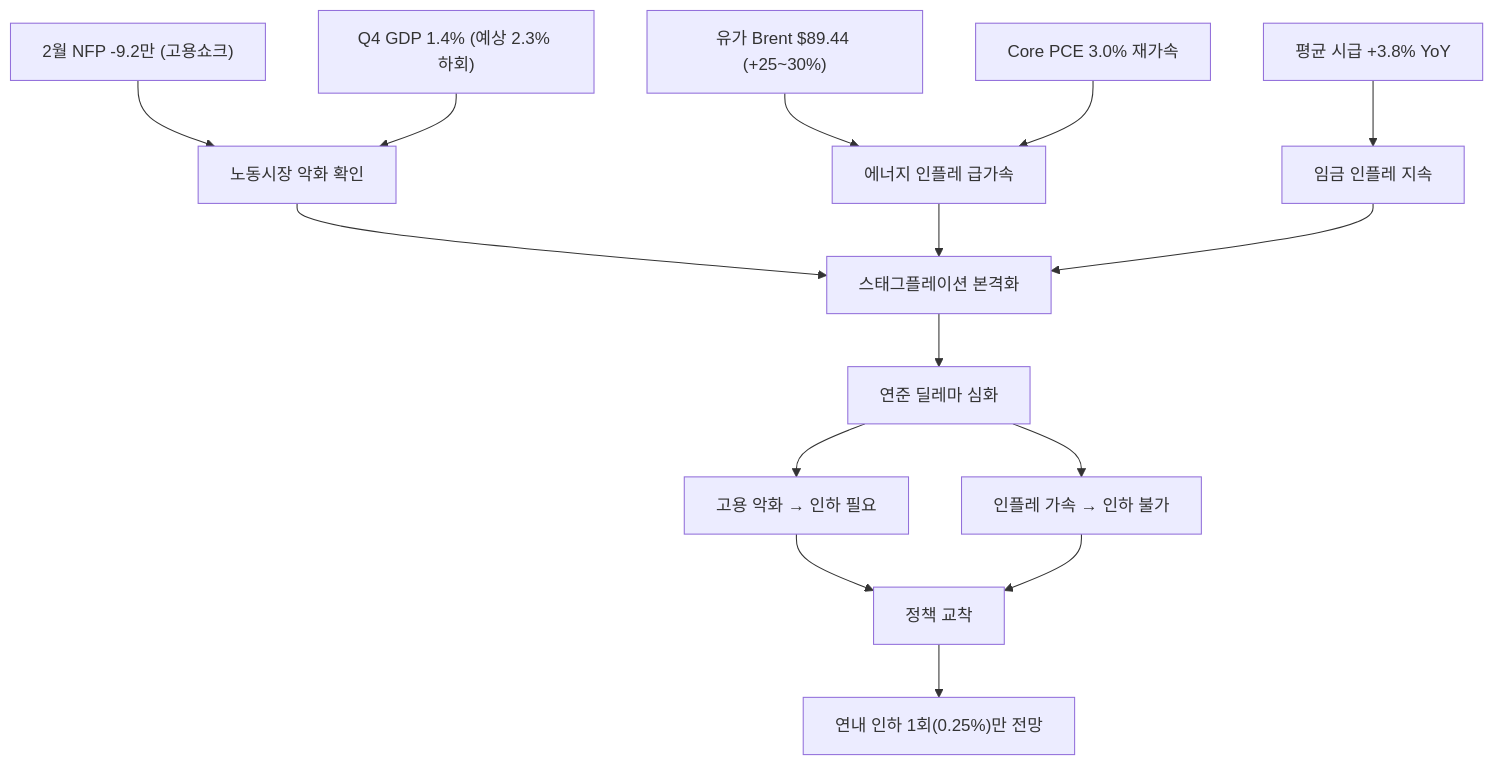
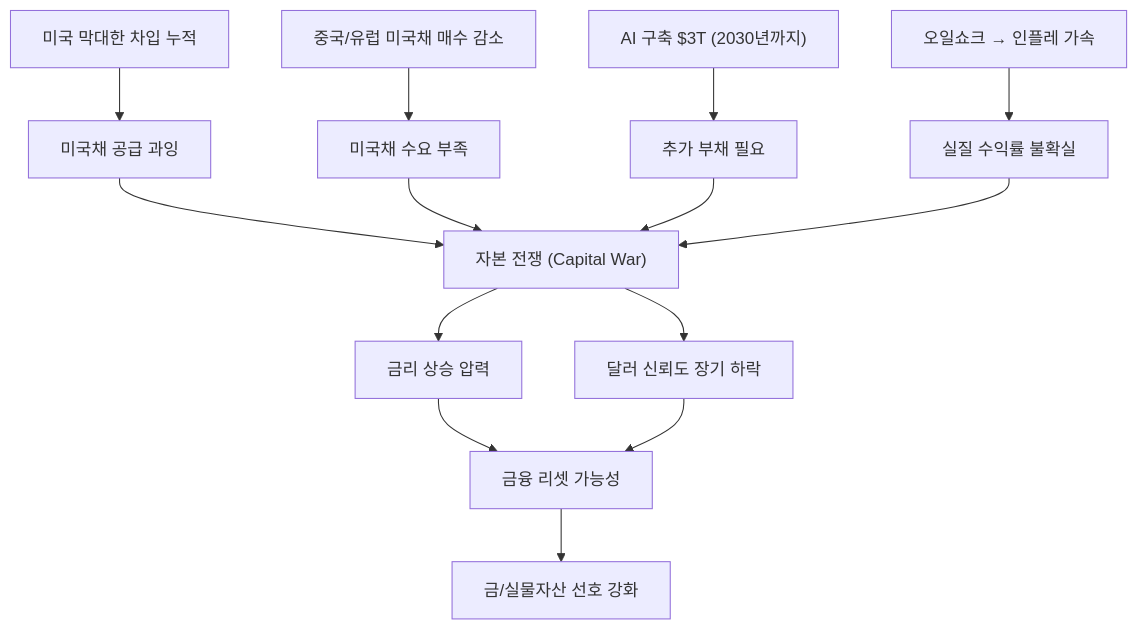
Before and after one commit to dss99911/dss99911.github.io: the fifth of 8 diagrams in _posts/knowledge/invest/2026-01-21-macroeconomic-policy-sector-outlook-2026.md, drawn with Mermaid. The commit also changed other lines of this file and 4 other files, not shown here.

````diff
--- a/_posts/knowledge/invest/2026-01-21-macroeconomic-policy-sector-outlook-2026.md
+++ b/_posts/knowledge/invest/2026-01-21-macroeconomic-policy-sector-outlook-2026.md
@@ -248,17 +292,16 @@
 ```mermaid
 graph TD
-    A["2월 NFP -9.2만 (고용쇼크)"] --> B["노동시장 악화 확인"]
-    C["유가 Brent $89.44 (+25~30%)"] --> D["에너지 인플레 급가속"]
-    E["평균 시급 +3.8% YoY"] --> F["임금 인플레 지속"]
-    Z["Q4 GDP 1.4% (예상 2.3% 하회)"] --> B
-    W["Core PCE 3.0% 재가속"] --> D
-    B --> G["스태그플레이션 본격화"]
-    D --> G
-    F --> G
-    G --> H["연준 딜레마 심화"]
-    H --> I["고용 악화 → 인하 필요"]
-    H --> J["인플레 가속 → 인하 불가"]
-    I --> K["정책 교착"]
-    J --> K
-    K --> L["연내 인하 1회(0.25%)만 전망"]
+    A["미국 막대한 차입 누적"] --> B["미국채 공급 과잉"]
+    C["중국/유럽 미국채 매수 감소"] --> D["미국채 수요 부족"]
+    B --> E["자본 전쟁 (Capital War)"]
+    D --> E
+    F["AI 구축 $3T (2030년까지)"] --> G["추가 부채 필요"]
+    G --> E
+    H["오일쇼크 → 인플레 가속"] --> I["실질 수익률 불확실"]
+    I --> E
+    E --> J["금리 상승 압력"]
+    E --> K["달러 신뢰도 장기 하락"]
+    J --> L["금융 리셋 가능성"]
+    K --> L
+    L --> M["금/실물자산 선호 강화"]
 ```
````
